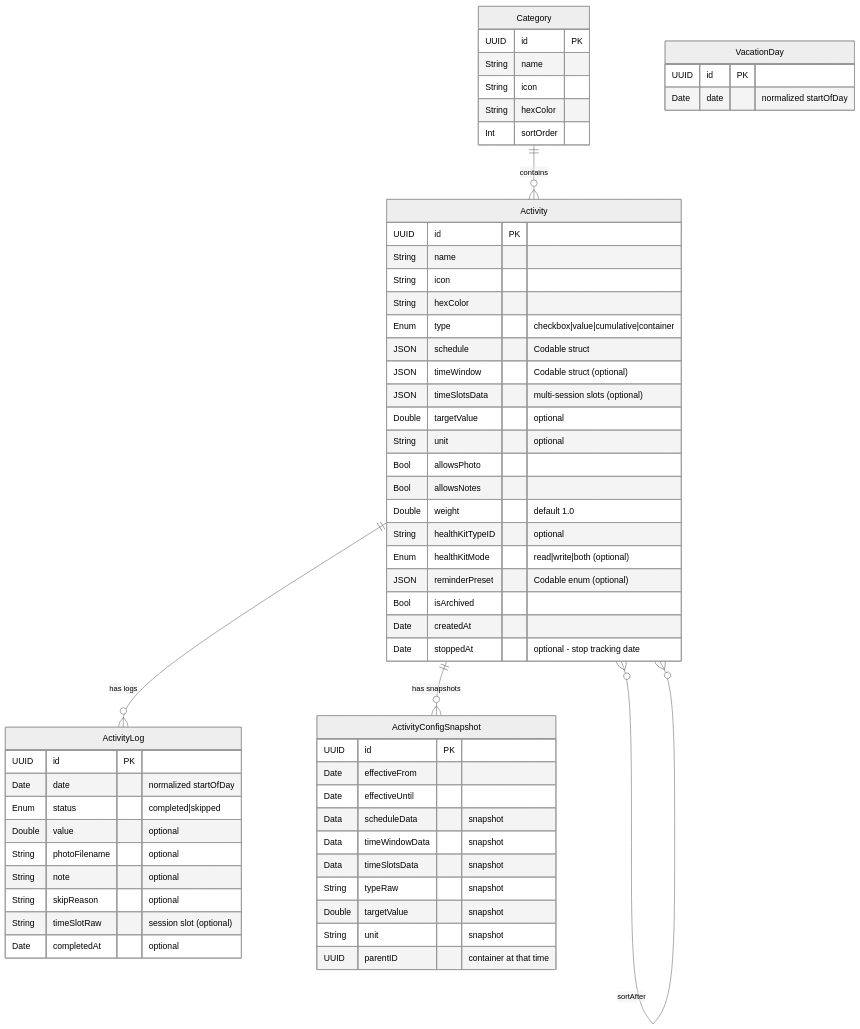
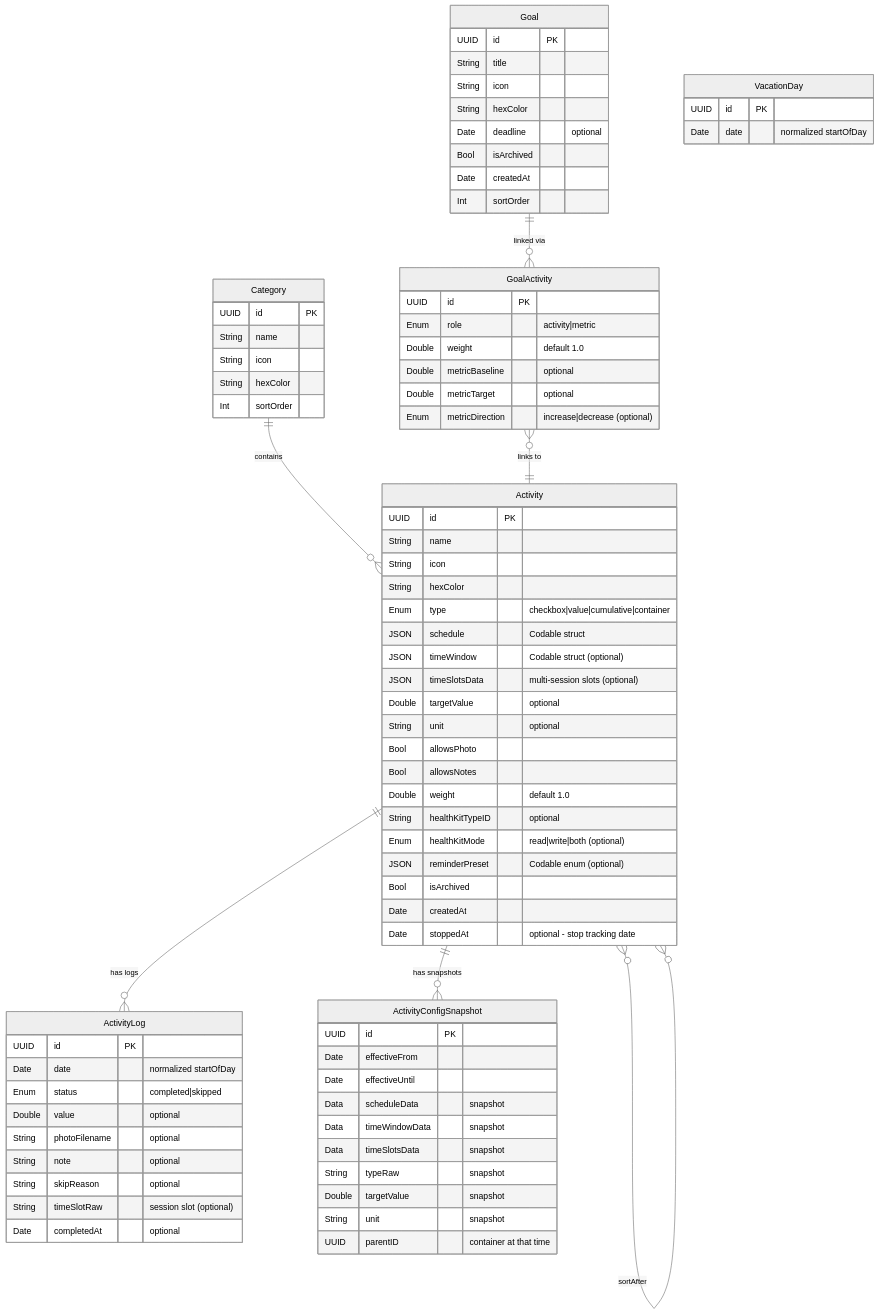
Before and after one commit to samg2003/personal_activity_tracking: the second of 2 diagrams in docs/ARCHITECTURE.md, drawn with Mermaid (neutral theme). The commit also changed other lines of this file and 8 other files, not shown here.

````diff
--- a/docs/ARCHITECTURE.md
+++ b/docs/ARCHITECTURE.md
@@ -59,6 +59,8 @@
     Activity ||--o{ ActivityLog : "has logs"
     Activity }o--o{ Activity : "sortAfter"
     Activity ||--o{ ActivityConfigSnapshot : "has snapshots"
+    Goal ||--o{ GoalActivity : "linked via"
+    GoalActivity }o--|| Activity : "links to"
 
     Category {
         UUID id PK
@@ -119,4 +121,24 @@
         String unit "snapshot"
         UUID parentID "container at that time"
     }
+
+    Goal {
+        UUID id PK
+        String title
+        String icon
+        String hexColor
+        Date deadline "optional"
+        Bool isArchived
+        Date createdAt
+        Int sortOrder
+    }
+
+    GoalActivity {
+        UUID id PK
+        Enum role "activity|metric"
+        Double weight "default 1.0"
+        Double metricBaseline "optional"
+        Double metricTarget "optional"
+        Enum metricDirection "increase|decrease (optional)"
+    }
 ```
````
